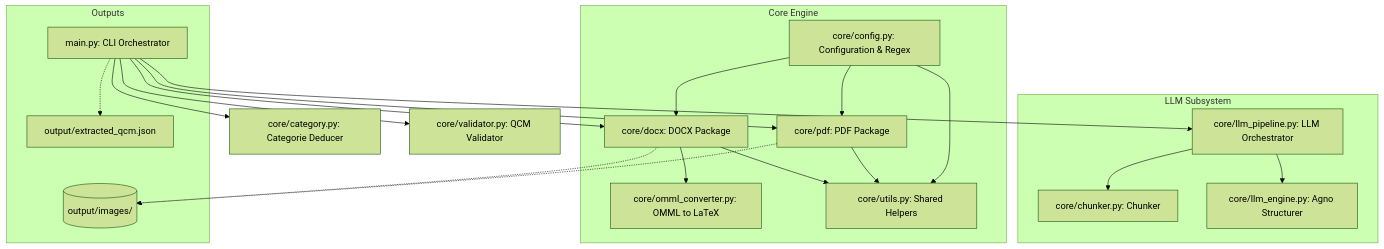
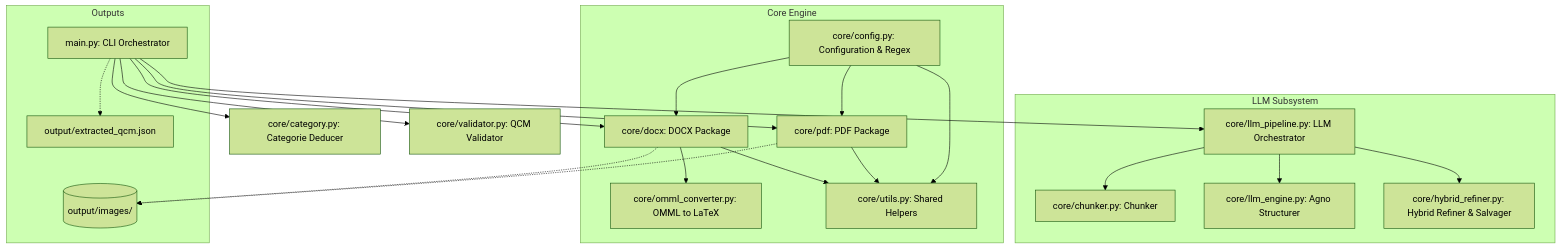
Before and after one commit to redabens/medextract: the first of 3 diagrams in README.md, drawn with Mermaid (forest theme). The commit also changed other lines of this file and 5 other files, not shown here.

````diff
--- a/README.md
+++ b/README.md
@@ -13,28 +13,29 @@
 ```mermaid
 graph TD
     A[main.py: CLI Orchestrator] --> B[core/category.py: Categorie Deducer]
     A --> C[core/validator.py: QCM Validator]
     A --> D[core/llm_pipeline.py: LLM Orchestrator]
     A --> E[core/docx: DOCX Package]
     A --> F[core/pdf: PDF Package]
     
     subgraph Core Engine
         E --> G[core/omml_converter.py: OMML to LaTeX]
         E --> H[core/utils.py: Shared Helpers]
         F --> H
         I[core/config.py: Configuration & Regex] --> E
         I --> F
         I --> H
     end
     
     subgraph LLM Subsystem
         D --> J[core/chunker.py: Chunker]
         D --> K[core/llm_engine.py: Agno Structurer]
+        D --> N[core/hybrid_refiner.py: Hybrid Refiner & Salvager]
     end
     
     subgraph Outputs
         E -.-> L[(output/images/)]
         F -.-> L
         A -.-> M[output/extracted_qcm.json]
     end
 ```
````
